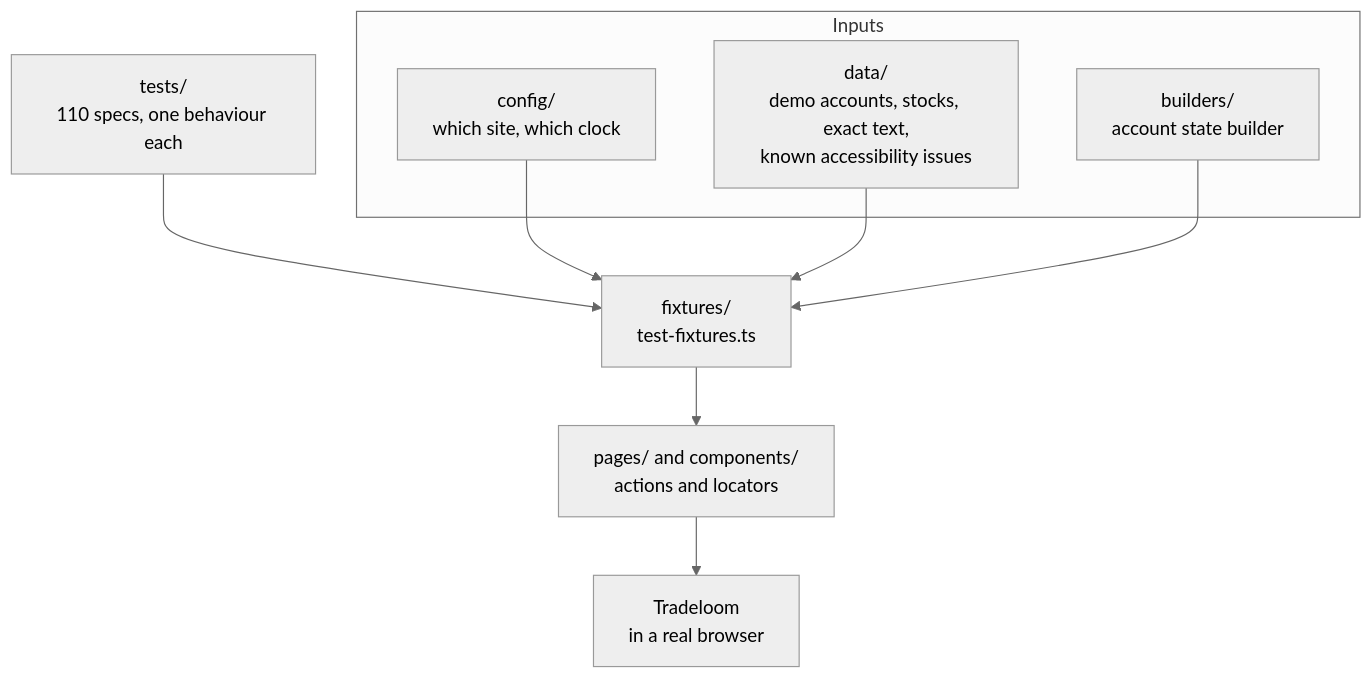
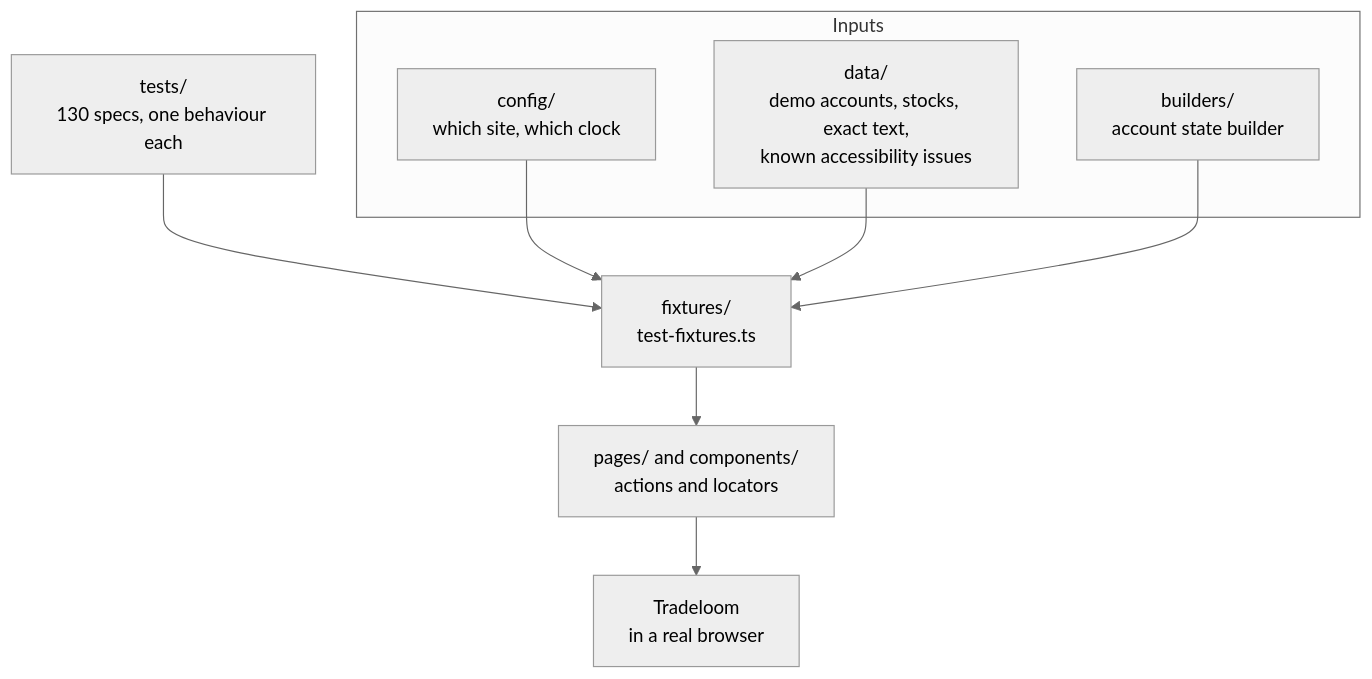
The first of 2 diagrams in README.md (Yusuf-Hridoy/Playwright-Project), drawn with Mermaid (neutral theme) before and after one commit. The commit also changed other lines of this file and 38 other files, not shown here.

````diff
--- a/README.md
+++ b/README.md
@@ -24,21 +30,21 @@
 ```mermaid
 flowchart TD
     subgraph Inputs
         C["config/<br/>which site, which clock"]
         D["data/<br/>demo accounts, stocks, exact text,<br/>known accessibility issues"]
         B["builders/<br/>account state builder"]
     end
 
-    T["tests/<br/>110 specs, one behaviour each"]
+    T["tests/<br/>130 specs, one behaviour each"]
     F["fixtures/<br/>test-fixtures.ts"]
     P["pages/ and components/<br/>actions and locators"]
     A["Tradeloom<br/>in a real browser"]
 
     T --> F
     F --> P
     P --> A
 
     C --> F
     D --> F
     B --> F
 ```
````
